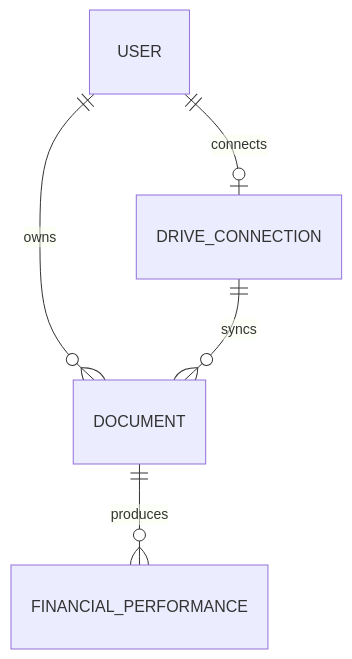
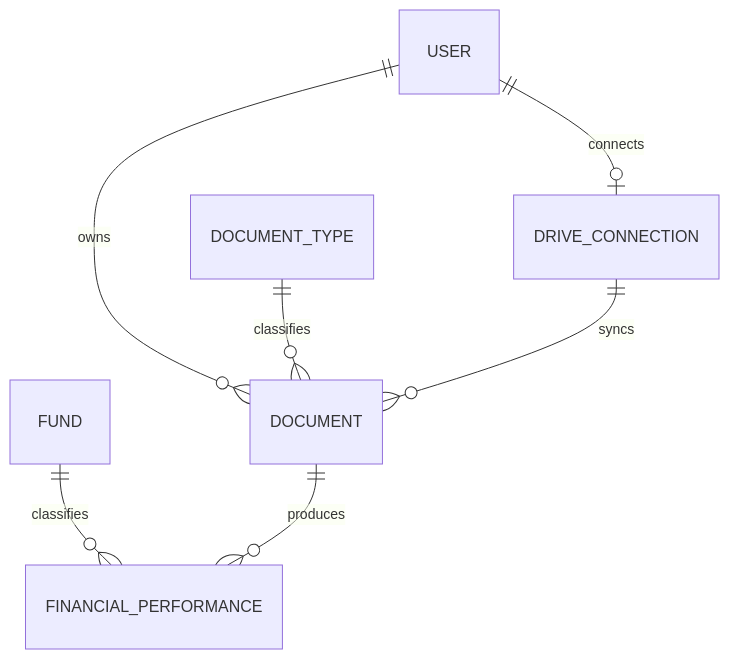
The third of 10 diagrams in docs/product-definitions/technical_architecture.md (velascode64/equi-document-intelligence-web-app), drawn with Mermaid before and after one commit. The commit also changed other lines of this file and 4 other files, not shown here.

````diff
--- a/docs/product-definitions/technical_architecture.md
+++ b/docs/product-definitions/technical_architecture.md
@@ -237,9 +249,11 @@
 ```mermaid
 erDiagram
     USER ||--o| DRIVE_CONNECTION : connects
     USER ||--o{ DOCUMENT : owns
+    FUND ||--o{ FINANCIAL_PERFORMANCE : classifies
+    DOCUMENT_TYPE ||--o{ DOCUMENT : classifies
 
     DRIVE_CONNECTION ||--o{ DOCUMENT : syncs
 
     DOCUMENT ||--o{ FINANCIAL_PERFORMANCE : produces
 ```
````
